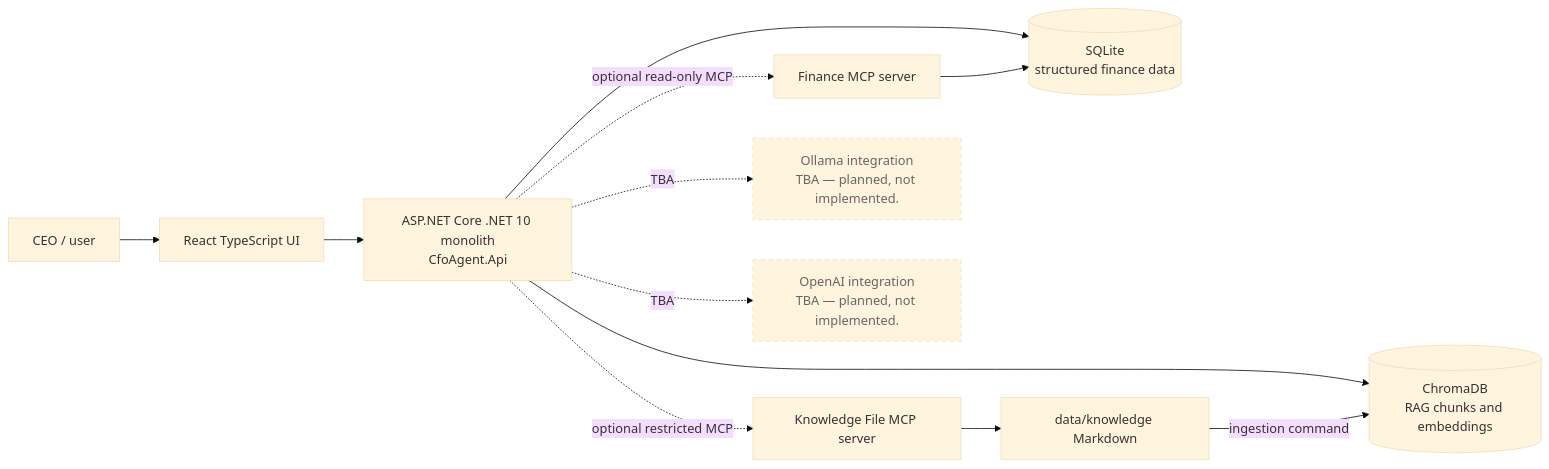
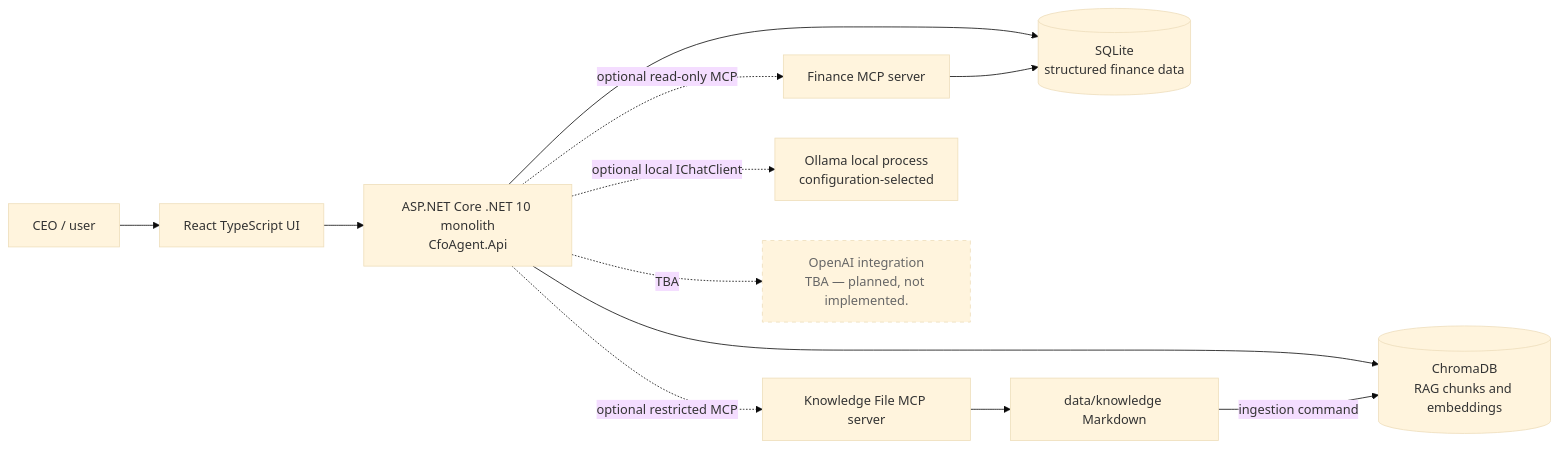
The first of 14 diagrams in APPLICATION_ARCHITECTURE.md (prabodharandima/ai_agent_cfo), drawn with Mermaid (base theme) before and after one commit. The commit also changed other lines of this file and 23 other files, not shown here.

Commit message:
Ollama integration completed.

````diff
--- a/APPLICATION_ARCHITECTURE.md
+++ b/APPLICATION_ARCHITECTURE.md
@@ -41,17 +41,17 @@
 ```mermaid
 flowchart LR
     CEO["CEO / user"] --> UI["React TypeScript UI"]
     UI --> MONO["ASP.NET Core .NET 10 monolith<br/>CfoAgent.Api"]
     MONO --> SQLITE[("SQLite<br/>structured finance data")]
     MONO --> CHROMA[("ChromaDB<br/>RAG chunks and embeddings")]
     MONO -. "optional read-only MCP" .-> FINMCP["Finance MCP server"]
     MONO -. "optional restricted MCP" .-> FILEMCP["Knowledge File MCP server"]
     FINMCP --> SQLITE
     FILEMCP --> FILES["data/knowledge Markdown"]
     FILES -->|"ingestion command"| CHROMA
-    MONO -. "TBA" .-> OLLAMA["Ollama integration<br/>TBA — planned, not implemented."]
+    MONO -. "optional local IChatClient" .-> OLLAMA["Ollama local process<br/>configuration-selected"]
     MONO -. "TBA" .-> OPENAI["OpenAI integration<br/>TBA — planned, not implemented."]
 
     classDef future stroke-dasharray: 5 5,color:#666;
-    class OLLAMA,OPENAI future;
+    class OPENAI future;
 ```
````
